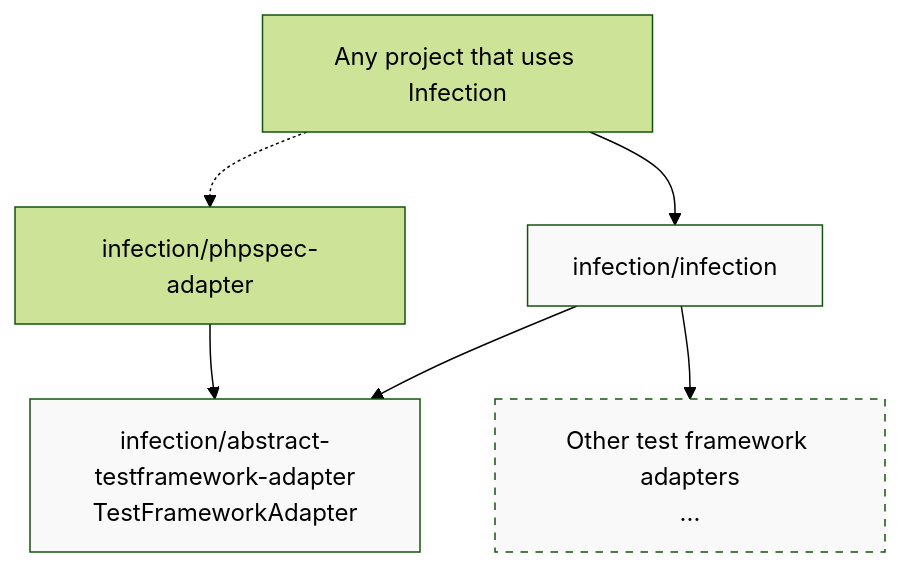
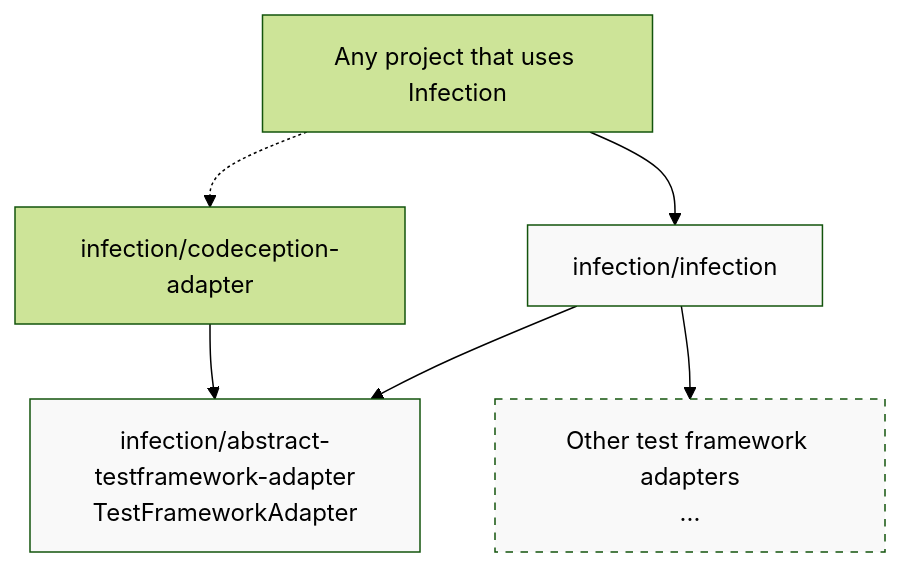
The diagram in docs/test-framework-adapter.mmd (infection/phpspec-adapter), drawn with Mermaid (forest theme) before and after one commit. The commit also changed 2 other files, not shown here.

```diff
--- a/docs/test-framework-adapter.mmd
+++ b/docs/test-framework-adapter.mmd
@@ -1,16 +1,16 @@
 graph TB
     Project["Any project that uses Infection"]
-    Adapter["infection/phpspec-adapter"]
+    Adapter["infection/codeception-adapter"]
     Infection["infection/infection"]
     AbstractAdapter["infection/abstract-testframework-adapter<br/>TestFrameworkAdapter"]
     OtherAdapters["Other test framework adapters<br/>..."]
 
     Project --> Infection
     Project -.-> Adapter
     Infection --> AbstractAdapter
     Infection --> OtherAdapters
     Adapter --> AbstractAdapter
 
     style AbstractAdapter fill:#f9f9f9
     style Infection fill:#f9f9f9
     style OtherAdapters fill:#f9f9f9,stroke-dasharray: 5 5
```
